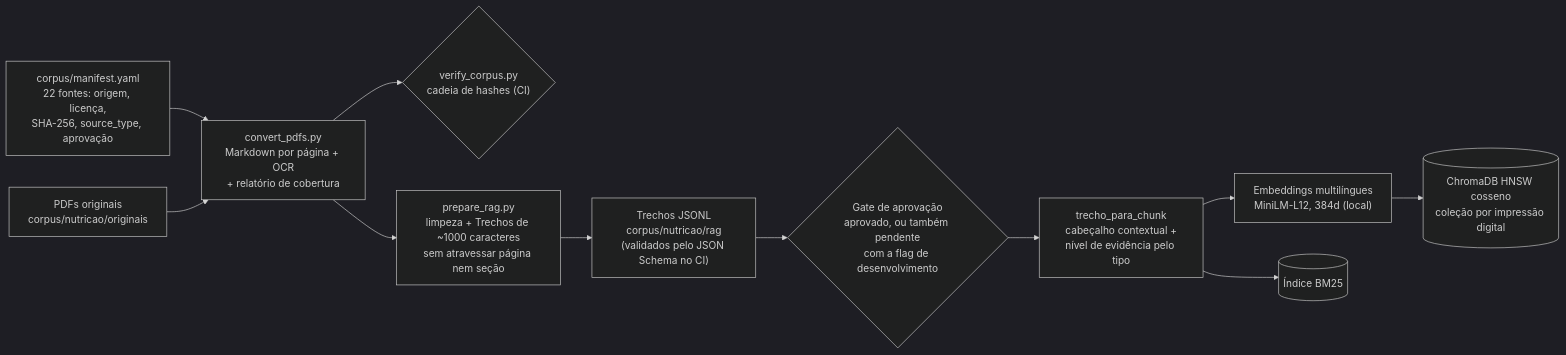
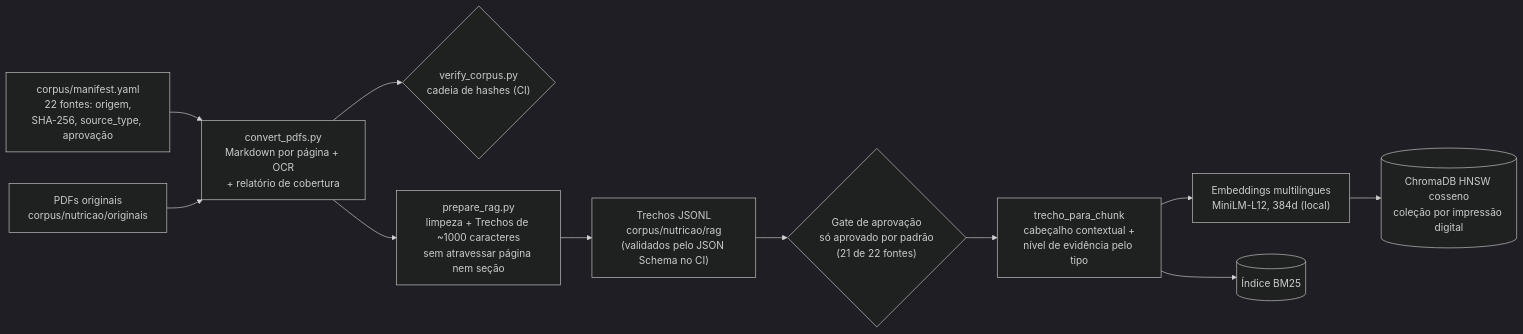
The first of 2 diagrams in docs/entrega-rag-nutricao.md (Cultiva-Challenge-2-Residencia-IA/CultivaProjetoFase1), drawn with Mermaid (dark theme) before and after one commit. The commit also changed other lines of this file and 7 other files, not shown here.

First line of the commit message:
docs(entrega): atualiza números e artefatos com as 21 fontes aprovadas

````diff
--- a/docs/entrega-rag-nutricao.md
+++ b/docs/entrega-rag-nutricao.md
@@ -73,13 +74,13 @@
 ```mermaid
 flowchart LR
-    M["corpus/manifest.yaml<br/>22 fontes: origem, licença,<br/>SHA-256, source_type, aprovação"] --> C
+    M["corpus/manifest.yaml<br/>22 fontes: origem,<br/>SHA-256, source_type, aprovação"] --> C
     P["PDFs originais<br/>corpus/nutricao/originais"] --> C["convert_pdfs.py<br/>Markdown por página + OCR<br/>+ relatório de cobertura"]
     C --> V{"verify_corpus.py<br/>cadeia de hashes (CI)"}
     C --> R["prepare_rag.py<br/>limpeza + Trechos de ~1000 caracteres<br/>sem atravessar página nem seção"]
     R --> J["Trechos JSONL<br/>corpus/nutricao/rag<br/>(validados pelo JSON Schema no CI)"]
-    J --> G{"Gate de aprovação<br/>aprovado, ou também pendente<br/>com a flag de desenvolvimento"}
+    J --> G{"Gate de aprovação<br/>só aprovado por padrão<br/>(21 de 22 fontes)"}
     G --> T["trecho_para_chunk<br/>cabeçalho contextual +<br/>nível de evidência pelo tipo"]
     T --> E["Embeddings multilíngues<br/>MiniLM-L12, 384d (local)"]
     E --> DB[("ChromaDB HNSW cosseno<br/>coleção por impressão digital")]
     T --> B[("Índice BM25")]
 ```
````
